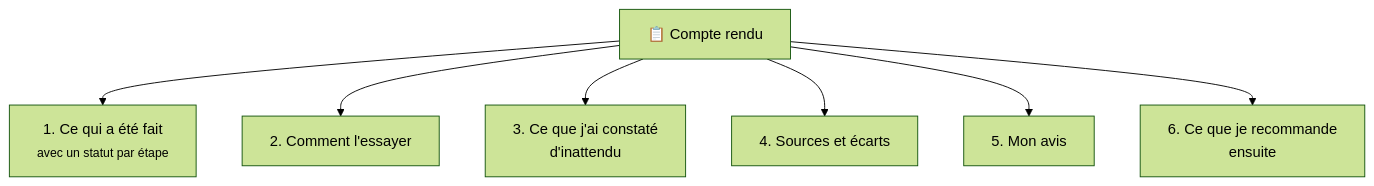
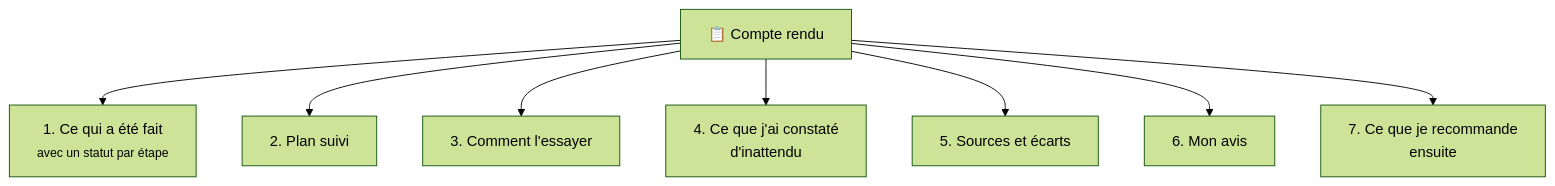
One commit to Pierre3851/claude-team changed the diagram in docs/comprendre/coulisses-compte-rendu.md. Above: the diagram before and after it, drawn with Mermaid (forest theme). The commit also changed other lines of this file and 4 other files, not shown here.

````diff
--- a/docs/comprendre/coulisses-compte-rendu.md
+++ b/docs/comprendre/coulisses-compte-rendu.md
@@ -16,9 +16,10 @@
 ```mermaid
 flowchart TB
     R["📋 Compte rendu"] --> S1["1. Ce qui a été fait<br/><small>avec un statut par étape</small>"]
-    R --> S2["2. Comment l'essayer"]
-    R --> S3["3. Ce que j'ai constaté<br/>d'inattendu"]
-    R --> S4["4. Sources et écarts"]
-    R --> S5["5. Mon avis"]
-    R --> S6["6. Ce que je recommande<br/>ensuite"]
+    R --> S2["2. Plan suivi"]
+    R --> S3["3. Comment l'essayer"]
+    R --> S4["4. Ce que j'ai constaté<br/>d'inattendu"]
+    R --> S5["5. Sources et écarts"]
+    R --> S6["6. Mon avis"]
+    R --> S7["7. Ce que je recommande<br/>ensuite"]
 ```
````
